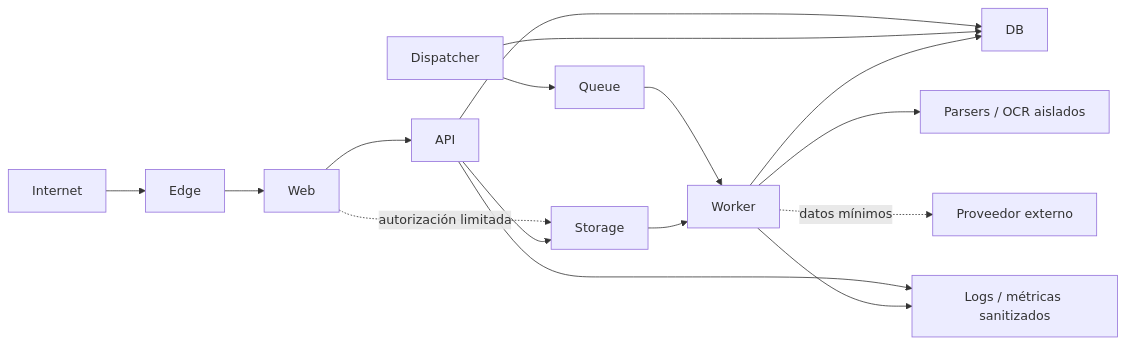
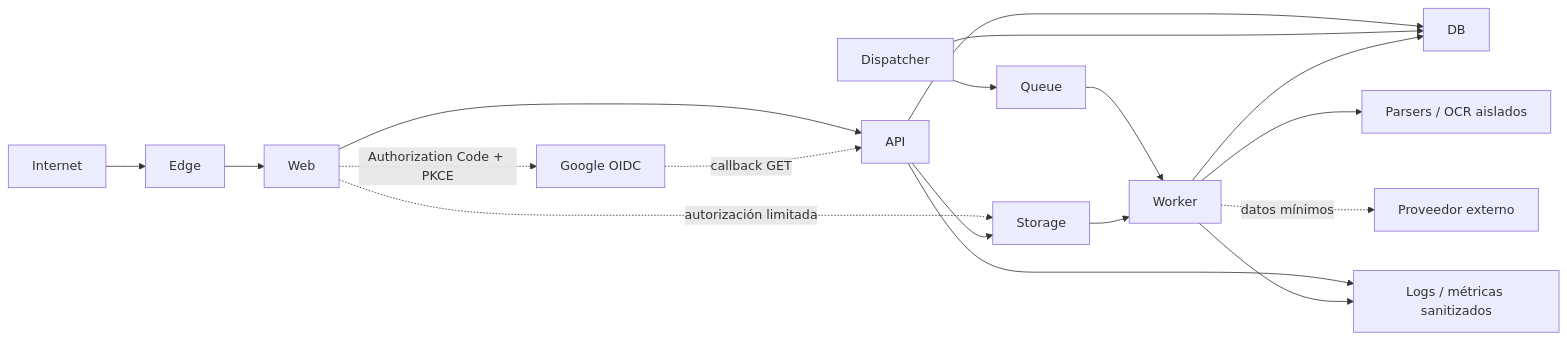
Before and after one commit to SebastianMacaya/Salarivo: the diagram in docs/security/threat-model.md, drawn with Mermaid. The commit also changed other lines of this file and 32 other files, not shown here.

Commit message:
feat: add secure Google OIDC authentication

```diff
--- a/docs/security/threat-model.md
+++ b/docs/security/threat-model.md
@@ -32,18 +33,20 @@
 ~~~mermaid
 flowchart LR
     Internet --> Edge
     Edge --> Web
     Web --> API
+    Web -. Authorization Code + PKCE .-> Google[Google OIDC]
+    Google -. callback GET .-> API
     Web -. autorización limitada .-> Storage
     API --> DB
     API --> Storage
     Dispatcher --> DB
     Dispatcher --> Queue
     Queue --> Worker
     Storage --> Worker
     Worker --> DB
     Worker --> Sandbox[Parsers / OCR aislados]
     Worker -. datos mínimos .-> Vendor[Proveedor externo]
     API --> Telemetry[Logs / métricas sanitizados]
     Worker --> Telemetry
 ~~~
```
